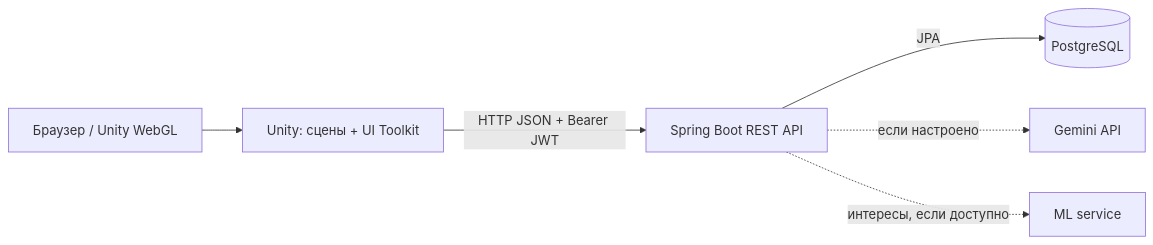
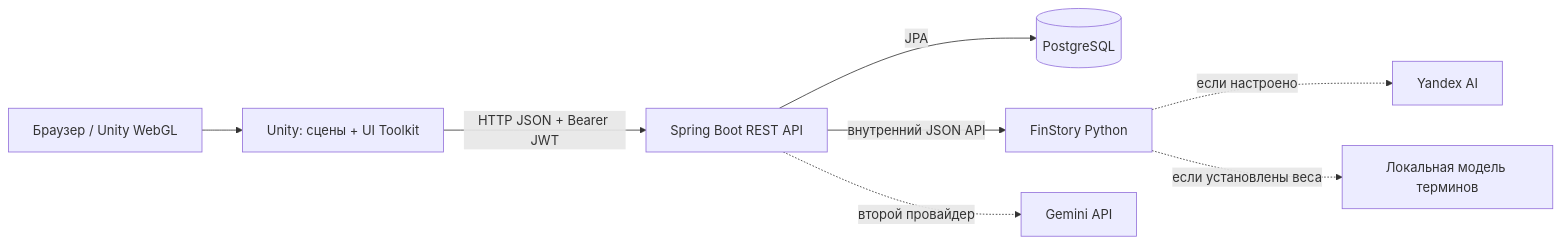
Before and after one commit to Ushan4ik/Alfa-IVR-Financial-Game: the first of 2 diagrams in ARCHITECTURE.md, drawn with Mermaid. The commit also changed other lines of this file and 10 other files, not shown here.

Commit message:
Add FinStory local runtime and CI delivery

````diff
--- a/ARCHITECTURE.md
+++ b/ARCHITECTURE.md
@@ -7,8 +7,10 @@
 ```mermaid
 flowchart LR
     B[Браузер / Unity WebGL] --> U[Unity: сцены + UI Toolkit]
     U -->|HTTP JSON + Bearer JWT| S[Spring Boot REST API]
     S -->|JPA| P[(PostgreSQL)]
-    S -.->|если настроено| G[Gemini API]
-    S -.->|интересы, если доступно| M[ML service]
+    S -->|внутренний JSON API| F[FinStory Python]
+    F -.->|если настроено| Y[Yandex AI]
+    F -.->|если установлены веса| T[Локальная модель терминов]
+    S -.->|второй провайдер| G[Gemini API]
 ```
````
